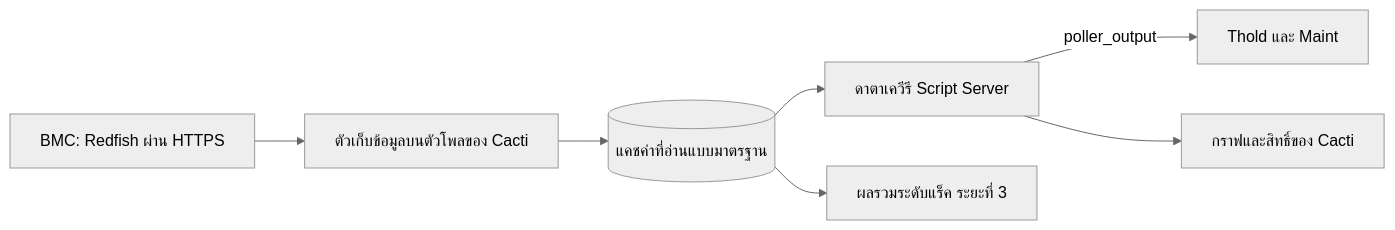
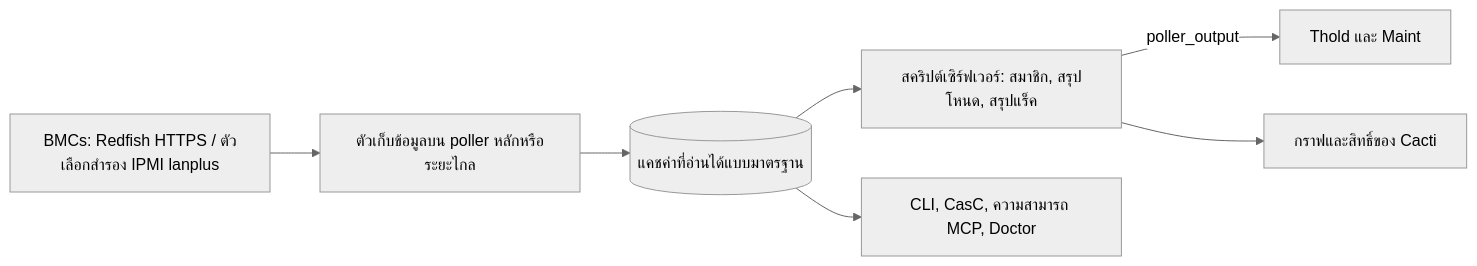
The diagram in docs/i18n/th-TH/README.md (somethingwithproof/plugin_redfish), drawn with Mermaid (neutral theme) before and after one commit. The commit also changed other lines of this file and 47 other files, not shown here.

````diff
--- a/docs/i18n/th-TH/README.md
+++ b/docs/i18n/th-TH/README.md
@@ -90,9 +140,9 @@
 ```mermaid
 flowchart LR
-    BMC[BMC: Redfish ผ่าน HTTPS] --> C[ตัวเก็บข้อมูลบนตัวโพลของ Cacti]
-    C --> CACHE[(แคชค่าที่อ่านแบบมาตรฐาน)]
-    CACHE --> SS[ดาตาเควีรี Script Server]
-    SS -->|poller_output| T[Thold และ Maint]
-    SS --> G[กราฟและสิทธิ์ของ Cacti]
-    CACHE --> R[ผลรวมระดับแร็ค ระยะที่ 3]
+    BMC["BMCs: Redfish HTTPS / ตัวเลือกสำรอง IPMI lanplus"] --> C["ตัวเก็บข้อมูลบน poller หลักหรือระยะไกล"]
+    C --> CACHE[("แคชค่าที่อ่านได้แบบมาตรฐาน")]
+    CACHE --> SS["สคริปต์เซิร์ฟเวอร์: สมาชิก, สรุปโหนด, สรุปแร็ค"]
+    SS -->|poller_output| T["Thold และ Maint"]
+    SS --> G["กราฟและสิทธิ์ของ Cacti"]
+    CACHE --> ECO["CLI, CasC, ความสามารถ MCP, Doctor"]
 ```
````
